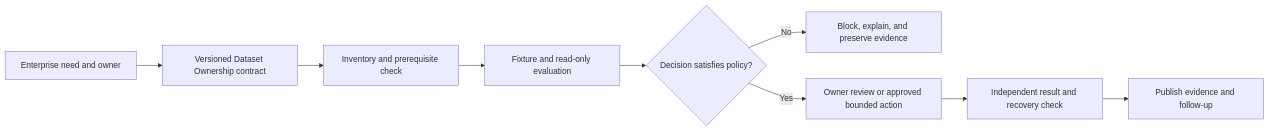
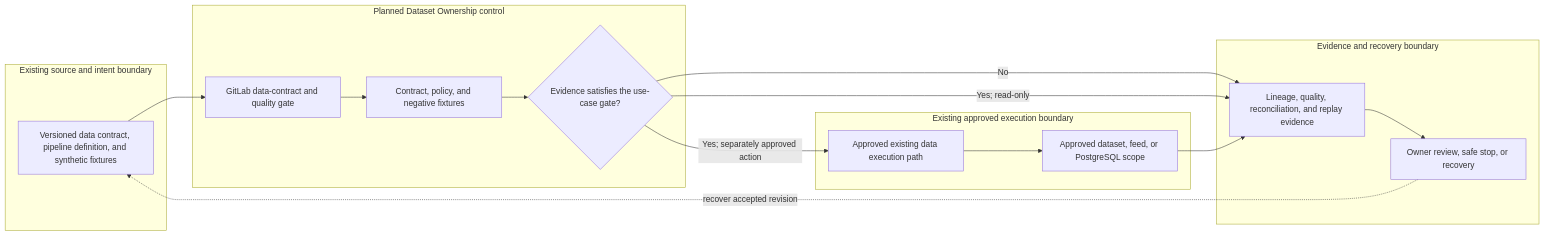
Before and after one commit to MIDHTECH/enterprise-architecture-docs: the diagram in docs/use-cases/data/UC-DATA-022-dataset-ownership.md, drawn with Mermaid. The commit also changed other lines of this file and 227 other files, not shown here.

Commit message:
Deepen architecture for all use case designs

````diff
--- a/docs/use-cases/data/UC-DATA-022-dataset-ownership.md
+++ b/docs/use-cases/data/UC-DATA-022-dataset-ownership.md
@@ -136,11 +129,25 @@
 ```mermaid
 flowchart LR
-    Need["Enterprise need and owner"] --> Contract["Versioned Dataset Ownership contract"]
-    Contract --> Preflight["Inventory and prerequisite check"]
-    Preflight --> Evaluate["Fixture and read-only evaluation"]
-    Evaluate --> Decision{"Decision satisfies policy?"}
-    Decision -->|No| Stop["Block, explain, and preserve evidence"]
-    Decision -->|Yes| Review["Owner review or approved bounded action"]
-    Review --> Verify["Independent result and recovery check"]
-    Verify --> Publish["Publish evidence and follow-up"]
+    subgraph Source["Existing source and intent boundary"]
+        A["Versioned data contract, pipeline definition, and synthetic fixtures"]
+    end
+    subgraph Planned["Planned Dataset Ownership control"]
+        B["GitLab data-contract and quality gate"]
+        C["Contract, policy, and negative fixtures"]
+        D{"Evidence satisfies the use-case gate?"}
+    end
+    subgraph Runtime["Existing approved execution boundary"]
+        E["Approved existing data execution path"]
+        F["Approved dataset, feed, or PostgreSQL scope"]
+    end
+    subgraph Assurance["Evidence and recovery boundary"]
+        G["Lineage, quality, reconciliation, and replay evidence"]
+        H["Owner review, safe stop, or recovery"]
+    end
+
+    A --> B --> C --> D
+    D -->|No| G --> H
+    D -->|Yes; read-only| G
+    D -->|Yes; separately approved action| E --> F --> G
+    H -. recover accepted revision .-> A
 ```
````
